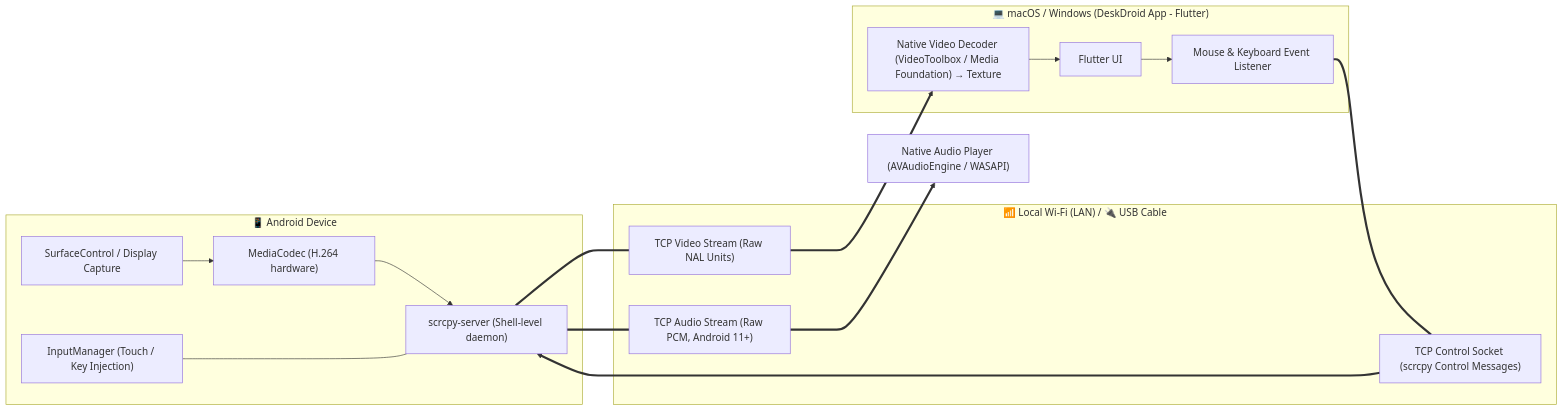
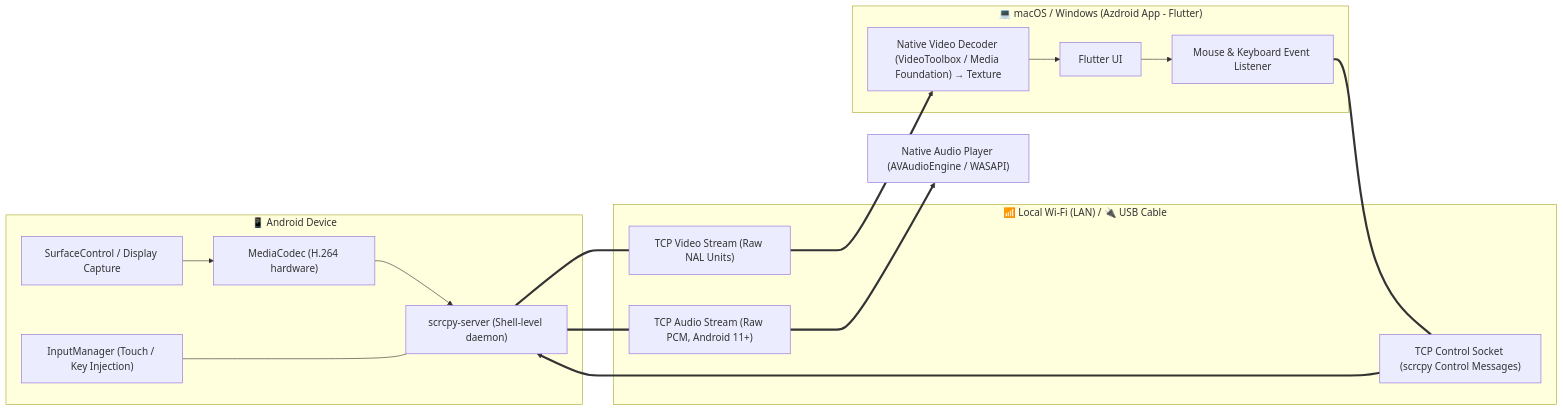
The diagram in README.md (az-coder-123/azdroid), drawn with Mermaid before and after one commit. The commit also changed other lines of this file and 101 other files, not shown here.

````diff
--- a/README.md
+++ b/README.md
@@ -167,23 +167,23 @@
 ```mermaid
 flowchart LR
     subgraph AndroidDevice ["📱 Android Device"]
         A1["SurfaceControl / Display Capture"] --> A2["MediaCodec (H.264 hardware)"]
         A2 --> A3["scrcpy-server (Shell-level daemon)"]
         A4["InputManager (Touch / Key Injection)"] <--- A3
     end
 
     subgraph Transport ["📶 Local Wi-Fi (LAN) / 🔌 USB Cable"]
         V_STREAM["TCP Video Stream (Raw NAL Units)"]
         A_STREAM["TCP Audio Stream (Raw PCM, Android 11+)"]
         C_SOCKET["TCP Control Socket (scrcpy Control Messages)"]
     end
 
-    subgraph DesktopApp ["💻 macOS / Windows (DeskDroid App - Flutter)"]
+    subgraph DesktopApp ["💻 macOS / Windows (Azdroid App - Flutter)"]
         M1["Flutter UI"] --> M2["Mouse & Keyboard Event Listener"]
         M3["Native Video Decoder (VideoToolbox / Media Foundation) → Texture"] --> M1
     end
 
     A3 === V_STREAM ===> M3
     A3 === A_STREAM ===> M4["Native Audio Player (AVAudioEngine / WASAPI)"]
     M2 === C_SOCKET ===> A3
 ```
````
